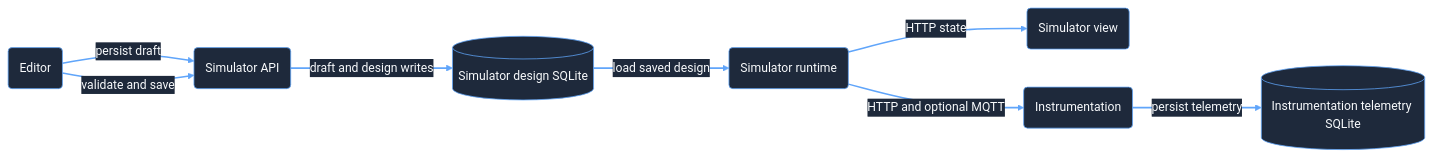
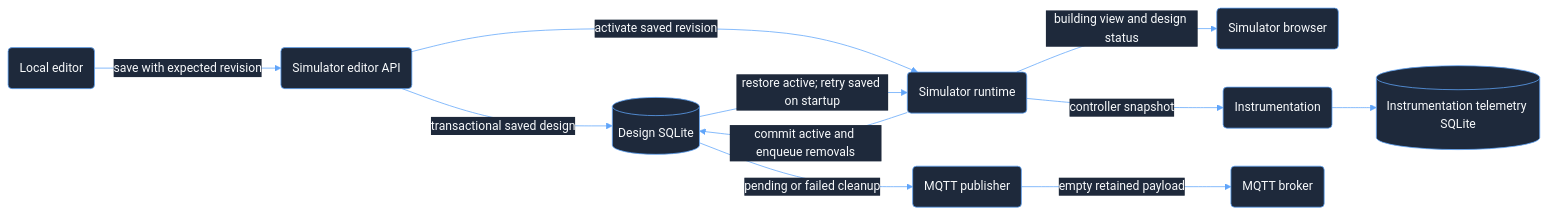
Before and after one commit to wmorgan69/light-controller-simulator: the second of 2 diagrams in docs/plans/building-editor-spec.md, drawn with Mermaid. The commit also changed other lines of this file and 58 other files, not shown here.

First line of the commit message:
feat: implement local building editor with design persistence

````diff
--- a/docs/plans/building-editor-spec.md
+++ b/docs/plans/building-editor-spec.md
@@ -100,24 +83,26 @@
 ```mermaid
 ---
 config:
   theme: base
   themeVariables:
     darkMode: true
     primaryColor: '#1E293B'
     primaryTextColor: '#F8FAFC'
     primaryBorderColor: '#60A5FA'
     lineColor: '#60A5FA'
     edgeLabelBackground: '#1E293B'
     textColor: '#F8FAFC'
 ---
 flowchart LR
-    Editor("Editor") -->|persist draft| API("Simulator API")
-    API -->|draft and design writes| DB[("Simulator design SQLite")]
-    Editor -->|validate and save| API
-    DB -->|load saved design| Runtime("Simulator runtime")
-    Runtime -->|HTTP state| Browser("Simulator view")
-    Runtime -->|HTTP and optional MQTT| Dashboard("Instrumentation")
-    Dashboard -->|persist telemetry| Telemetry[("Instrumentation telemetry SQLite")]
+    Editor("Local editor") -->|save with expected revision| API("Simulator editor API")
+    API -->|transactional saved design| DB[("Design SQLite")]
+    API -->|activate saved revision| Runtime("Simulator runtime")
+    Runtime -->|commit active and enqueue removals| DB
+    Runtime -->|building view and design status| Browser("Simulator browser")
+    Runtime -->|controller snapshot| Dashboard("Instrumentation")
+    DB -->|restore active; retry saved on startup| Runtime
+    DB -->|pending or failed cleanup| Publisher("MQTT publisher")
+    Publisher -->|empty retained payload| Broker("MQTT broker")
+    Dashboard --> Telemetry[("Instrumentation telemetry SQLite")]
     classDef default fill:#1E293B,stroke:#60A5FA,color:#F8FAFC;
-    linkStyle default stroke:#60A5FA,stroke-width:2px;
 ```
````
